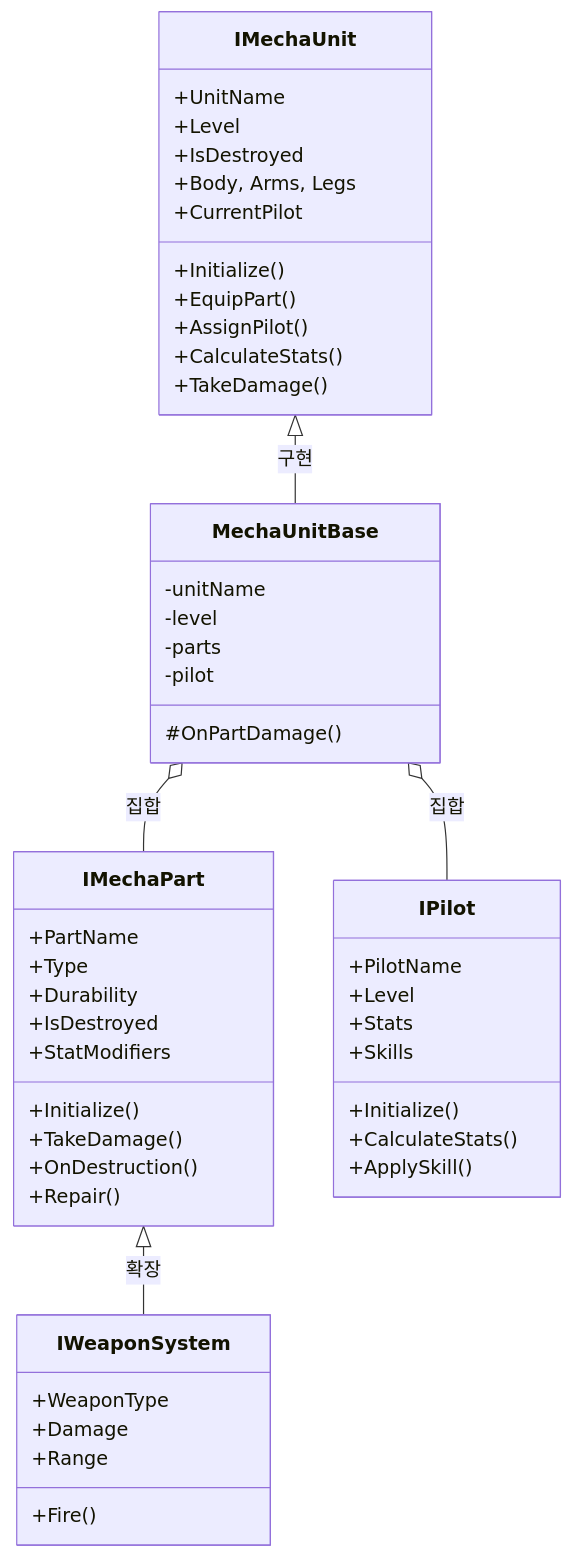
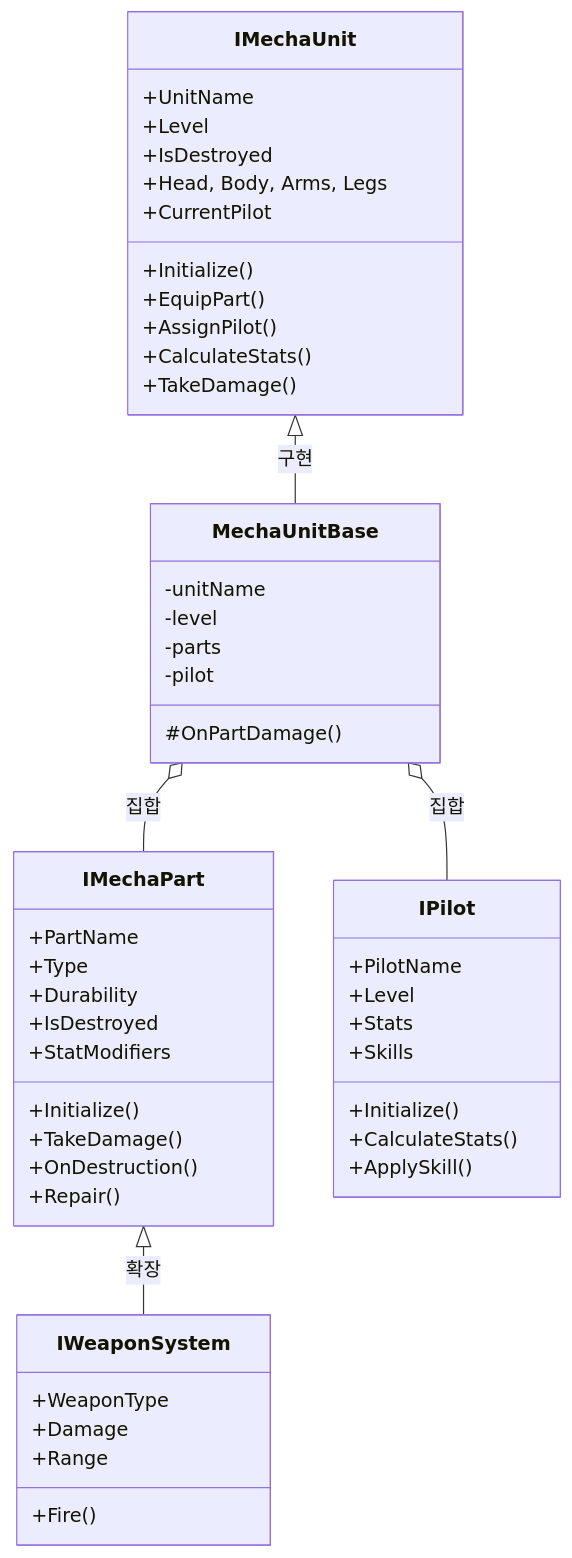
One commit to wooson00308/project-fm changed the third of 7 diagrams in docs/class-diagram.md. Above: the diagram before and after it, drawn with Mermaid. The commit also changed other lines of this file and 41 other files, not shown here.

````diff
--- a/docs/class-diagram.md
+++ b/docs/class-diagram.md
@@ -90,57 +90,57 @@
 ```mermaid
 classDiagram
     IMechaUnit <|-- MechaUnitBase : 구현
     MechaUnitBase o-- IMechaPart : 집합
     MechaUnitBase o-- IPilot : 집합
     IMechaPart <|-- IWeaponSystem : 확장
     
     class IMechaUnit {
         +UnitName
         +Level
         +IsDestroyed
-        +Body, Arms, Legs
+        +Head, Body, Arms, Legs
         +CurrentPilot
         +Initialize()
         +EquipPart()
         +AssignPilot()
         +CalculateStats()
         +TakeDamage()
     }
     
     class MechaUnitBase {
         -unitName
         -level
         -parts
         -pilot
         #OnPartDamage()
     }
     
     class IMechaPart {
         +PartName
         +Type
         +Durability
         +IsDestroyed
         +StatModifiers
         +Initialize()
         +TakeDamage()
         +OnDestruction()
         +Repair()
     }
     
     class IPilot {
         +PilotName
         +Level
         +Stats
         +Skills
         +Initialize()
         +CalculateStats()
         +ApplySkill()
     }
     
     class IWeaponSystem {
         +WeaponType
         +Damage
         +Range
         +Fire()
     }
 ```
````
